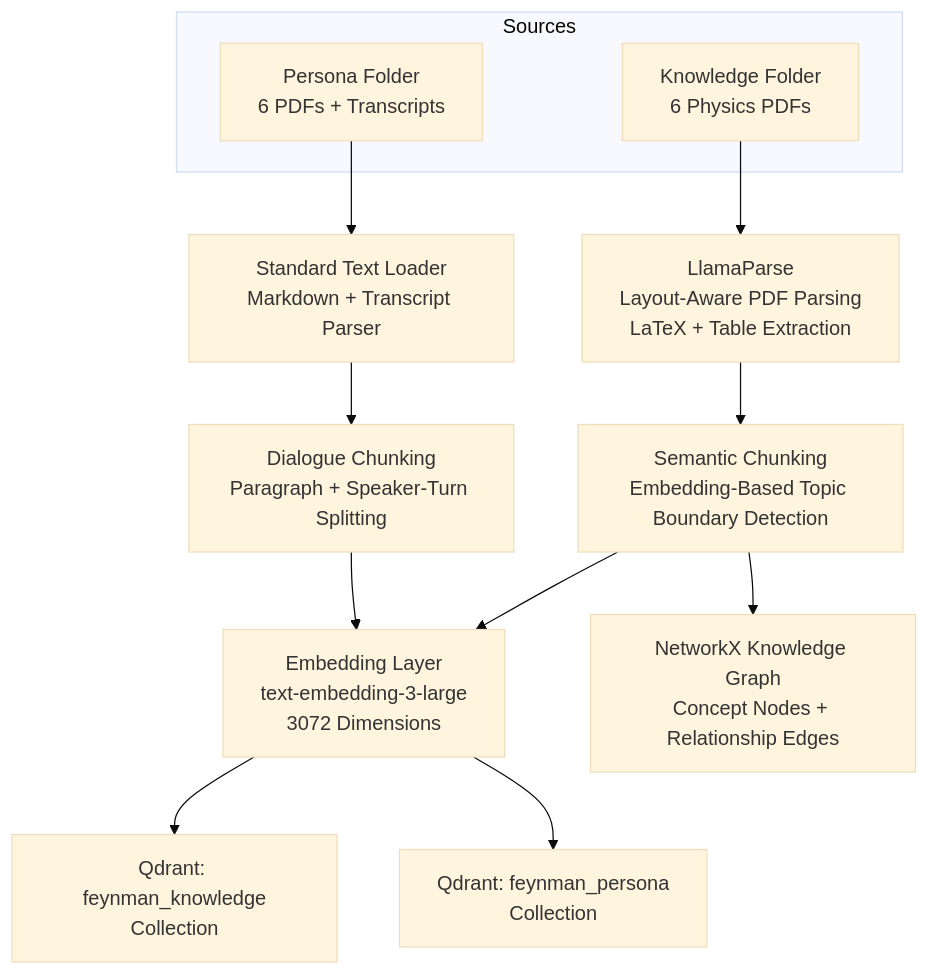
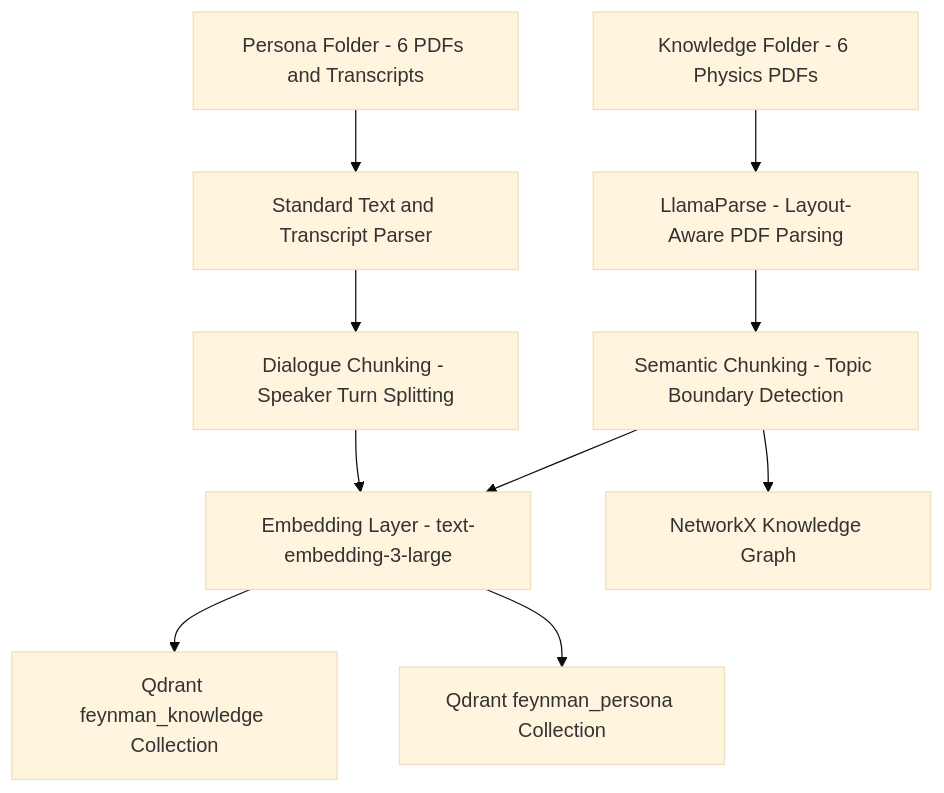
Before and after one commit to RajatRawal-06/Digital_Twin_Rag: the second of 2 diagrams in README.md, drawn with Mermaid (base theme). The commit also changed other lines of this file, not shown here.

Commit message:
docs: fix Mermaid rendering for GitHub, add Feynman portrait

````diff
--- a/README.md
+++ b/README.md
@@ -109,20 +118,15 @@
 ```mermaid
 flowchart TB
-    subgraph Sources
-        K["Knowledge Folder\n6 Physics PDFs"]
-        P["Persona Folder\n6 PDFs + Transcripts"]
-    end
+    K[Knowledge Folder - 6 Physics PDFs] --> KP[LlamaParse - Layout-Aware PDF Parsing]
+    P[Persona Folder - 6 PDFs and Transcripts] --> PP[Standard Text and Transcript Parser]
 
-    K --> KP["LlamaParse\nLayout-Aware PDF Parsing\nLaTeX + Table Extraction"]
-    P --> PP["Standard Text Loader\nMarkdown + Transcript Parser"]
+    KP --> KC[Semantic Chunking - Topic Boundary Detection]
+    PP --> PC[Dialogue Chunking - Speaker Turn Splitting]
 
-    KP --> KC["Semantic Chunking\nEmbedding-Based Topic Boundary Detection"]
-    PP --> PC["Dialogue Chunking\nParagraph + Speaker-Turn Splitting"]
-
-    KC --> EMB["Embedding Layer\ntext-embedding-3-large\n3072 Dimensions"]
+    KC --> EMB[Embedding Layer - text-embedding-3-large]
     PC --> EMB
 
-    EMB --> QK["Qdrant: feynman_knowledge\nCollection"]
-    EMB --> QP["Qdrant: feynman_persona\nCollection"]
-    KC --> KG["NetworkX Knowledge Graph\nConcept Nodes + Relationship Edges"]
+    EMB --> QK[Qdrant feynman_knowledge Collection]
+    EMB --> QP[Qdrant feynman_persona Collection]
+    KC --> KG[NetworkX Knowledge Graph]
 ```
````
